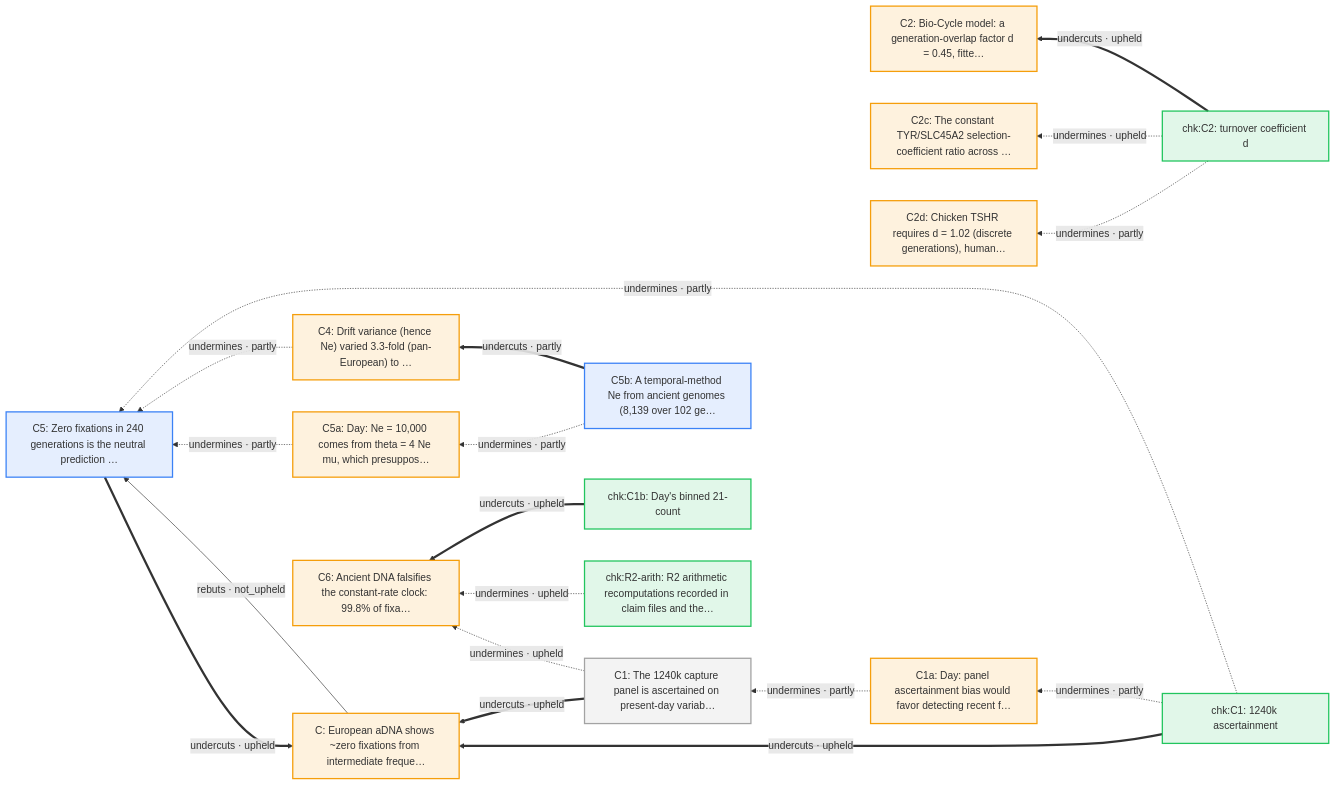
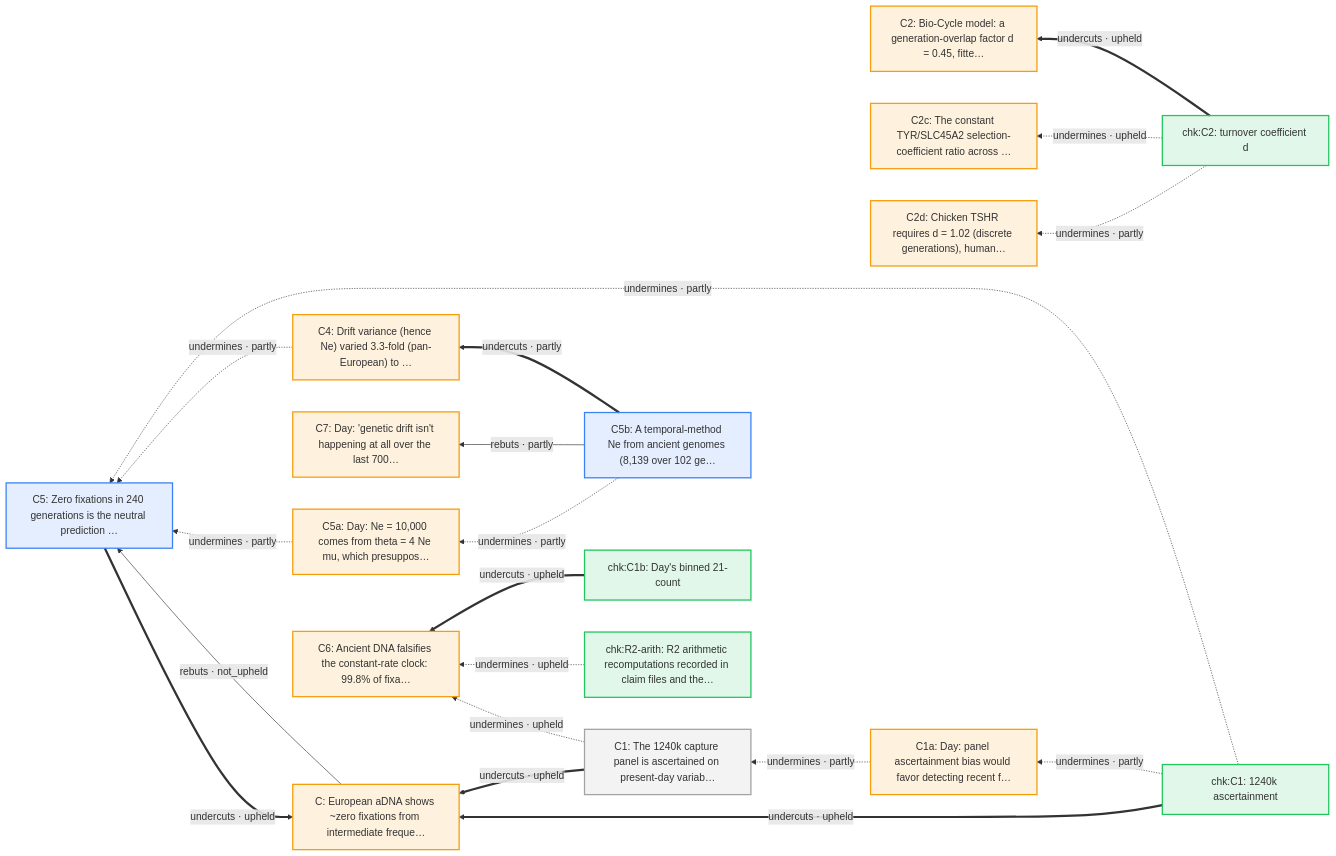
The sixth of 16 diagrams in docs/arguments/defeaters.md (nickallevato/evo-sim), drawn with Mermaid before and after one commit. The commit also changed other lines of this file and 36 other files, not shown here.

````diff
--- a/docs/arguments/defeaters.md
+++ b/docs/arguments/defeaters.md
@@ -306,40 +320,42 @@
 ```mermaid
 flowchart RL
   classDef day fill:#f59e0b22,stroke:#f59e0b,stroke-width:2px
   classDef ally fill:#d9770622,stroke:#d97706,stroke-width:2px
   classDef critic fill:#3b82f622,stroke:#3b82f6,stroke-width:2px
   classDef literature fill:#a3a3a322,stroke:#a3a3a3,stroke-width:2px
   classDef audit fill:#22c55e22,stroke:#22c55e,stroke-width:2px
   C["C: European aDNA shows ~zero fixations from intermediate freque…"]:::day
   C1["C1: The 1240k capture panel is ascertained on present-day variab…"]:::literature
   C1a["C1a: Day: panel ascertainment bias would favor detecting recent f…"]:::day
   C2["C2: Bio-Cycle model: a generation-overlap factor d = 0.45, fitte…"]:::day
   C2c["C2c: The constant TYR/SLC45A2 selection-coefficient ratio across …"]:::day
   C2d["C2d: Chicken TSHR requires d = 1.02 (discrete generations), human…"]:::day
   C4["C4: Drift variance (hence Ne) varied 3.3-fold (pan-European) to …"]:::day
   C5["C5: Zero fixations in 240 generations is the neutral prediction …"]:::critic
   C5a["C5a: Day: Ne = 10,000 comes from theta = 4 Ne mu, which presuppos…"]:::day
   C5b["C5b: A temporal-method Ne from ancient genomes (8,139 over 102 ge…"]:::critic
   C6["C6: Ancient DNA falsifies the constant-rate clock: 99.8% of fixa…"]:::day
+  C7["C7: Day: 'genetic drift isn't happening at all over the last 700…"]:::day
   chk_C1["chk:C1: 1240k ascertainment"]:::audit
   chk_C1b["chk:C1b: Day's binned 21-count"]:::audit
   chk_C2["chk:C2: turnover coefficient d"]:::audit
   chk_R2_arith["chk:R2-arith: R2 arithmetic recomputations recorded in claim files and the…"]:::audit
   C1a -.->|"undermines · partly"| C1
   chk_C2 ==>|"undercuts · upheld"| C2
   C5b ==>|"undercuts · partly"| C4
   C -->|"rebuts · not_upheld"| C5
   C4 -.->|"undermines · partly"| C5
   C5a -.->|"undermines · partly"| C5
   chk_C1 -.->|"undermines · partly"| C5
   C1 -.->|"undermines · upheld"| C6
   chk_C1b ==>|"undercuts · upheld"| C6
   chk_R2_arith -.->|"undermines · upheld"| C6
+  C5b -->|"rebuts · partly"| C7
   chk_C1 -.->|"undermines · partly"| C1a
   chk_C2 -.->|"undermines · upheld"| C2c
   chk_C2 -.->|"undermines · partly"| C2d
   C5b -.->|"undermines · partly"| C5a
   C1 ==>|"undercuts · upheld"| C
   C5 ==>|"undercuts · upheld"| C
   chk_C1 ==>|"undercuts · upheld"| C
 ```
````
